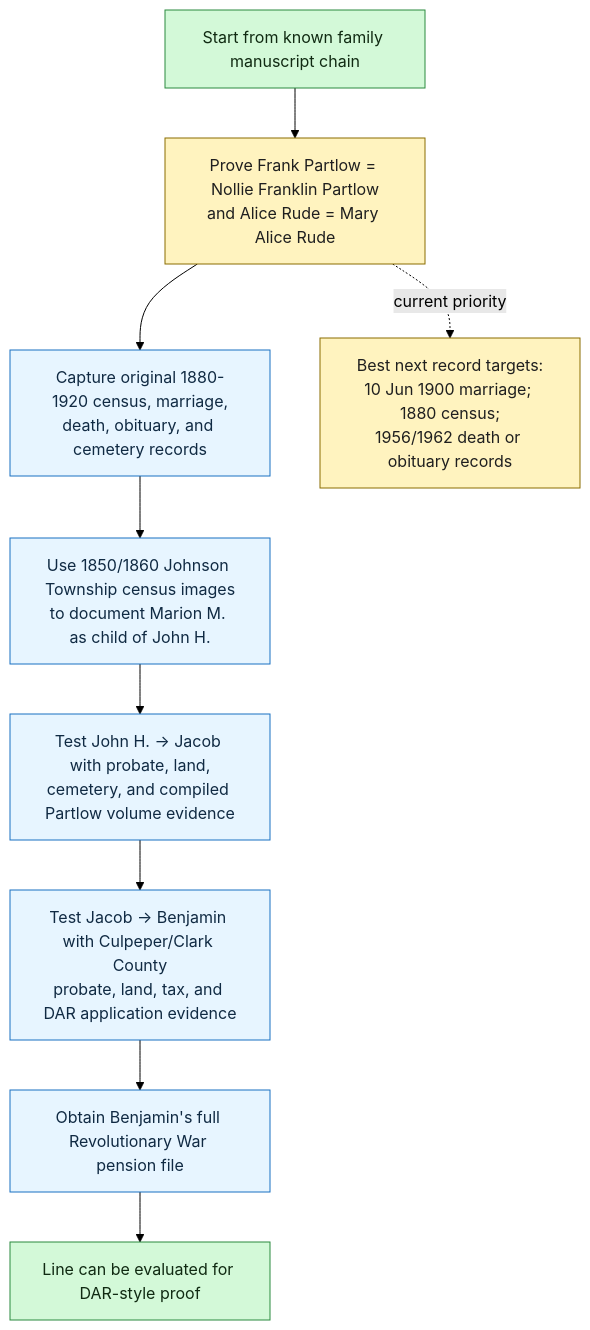
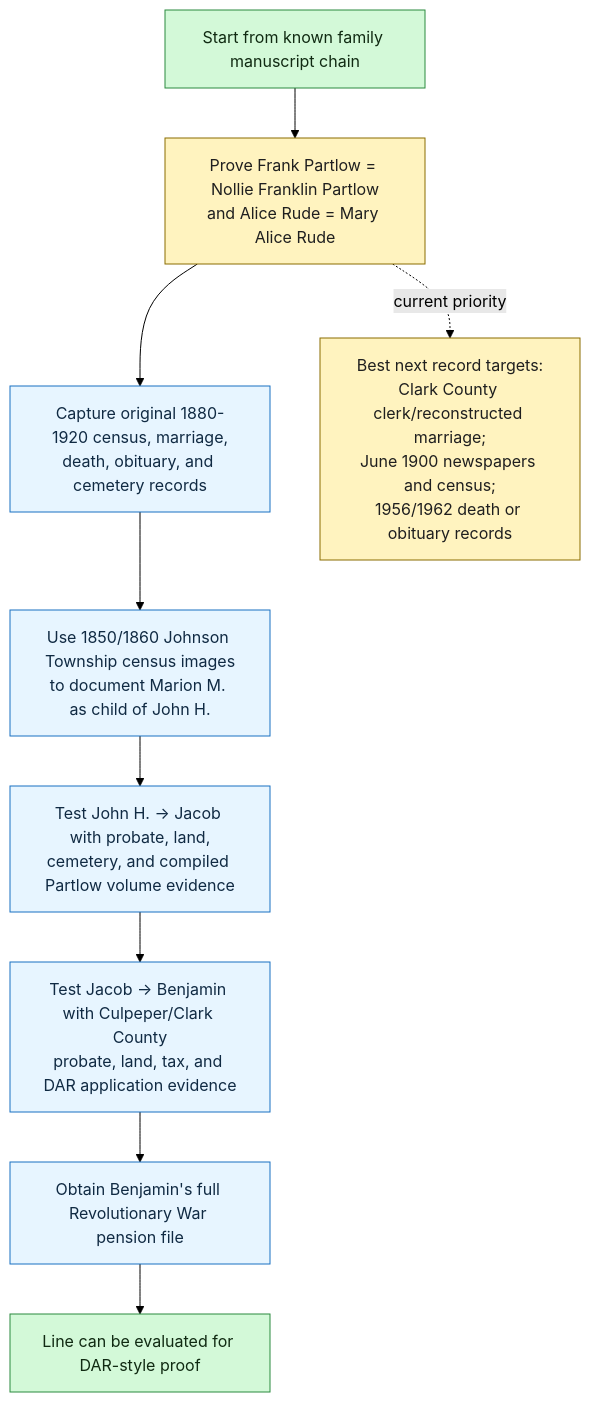
The second of 2 diagrams in RQ-P1-PARTLOW-REVOLUTIONARY-LINE.md (zcopley/copley-family-research), drawn with Mermaid (forest theme) before and after one commit. The commit also changed other lines of this file and 19 other files, not shown here.

````diff
--- a/RQ-P1-PARTLOW-REVOLUTIONARY-LINE.md
+++ b/RQ-P1-PARTLOW-REVOLUTIONARY-LINE.md
@@ -178,22 +200,22 @@
 ```mermaid
 flowchart TD
     A["Start from known family manuscript chain"]
     B["Prove Frank Partlow = Nollie Franklin Partlow<br/>and Alice Rude = Mary Alice Rude"]
     C["Capture original 1880-1920 census, marriage,<br/>death, obituary, and cemetery records"]
     D["Use 1850/1860 Johnson Township census images<br/>to document Marion M. as child of John H."]
     E["Test John H. -> Jacob with probate, land,<br/>cemetery, and compiled Partlow volume evidence"]
     F["Test Jacob -> Benjamin with Culpeper/Clark County<br/>probate, land, tax, and DAR application evidence"]
     G["Obtain Benjamin's full Revolutionary War pension file"]
     H["Line can be evaluated for DAR-style proof"]
 
     A --> B --> C --> D --> E --> F --> G --> H
-    B -. "current priority" .-> P["Best next record targets:<br/>10 Jun 1900 marriage; 1880 census;<br/>1956/1962 death or obituary records"]
+    B -. "current priority" .-> P["Best next record targets:<br/>Clark County clerk/reconstructed marriage;<br/>June 1900 newspapers and census;<br/>1956/1962 death or obituary records"]
 
     class A,H goal
     class B,P priority
     class C,D,E,F,G action
 
     classDef goal fill:#d3f9d8,stroke:#2b8a3e,color:#102a12;
     classDef priority fill:#fff3bf,stroke:#8a6d00,color:#1f1f1f;
     classDef action fill:#e7f5ff,stroke:#1971c2,color:#102a43;
 ```
````
